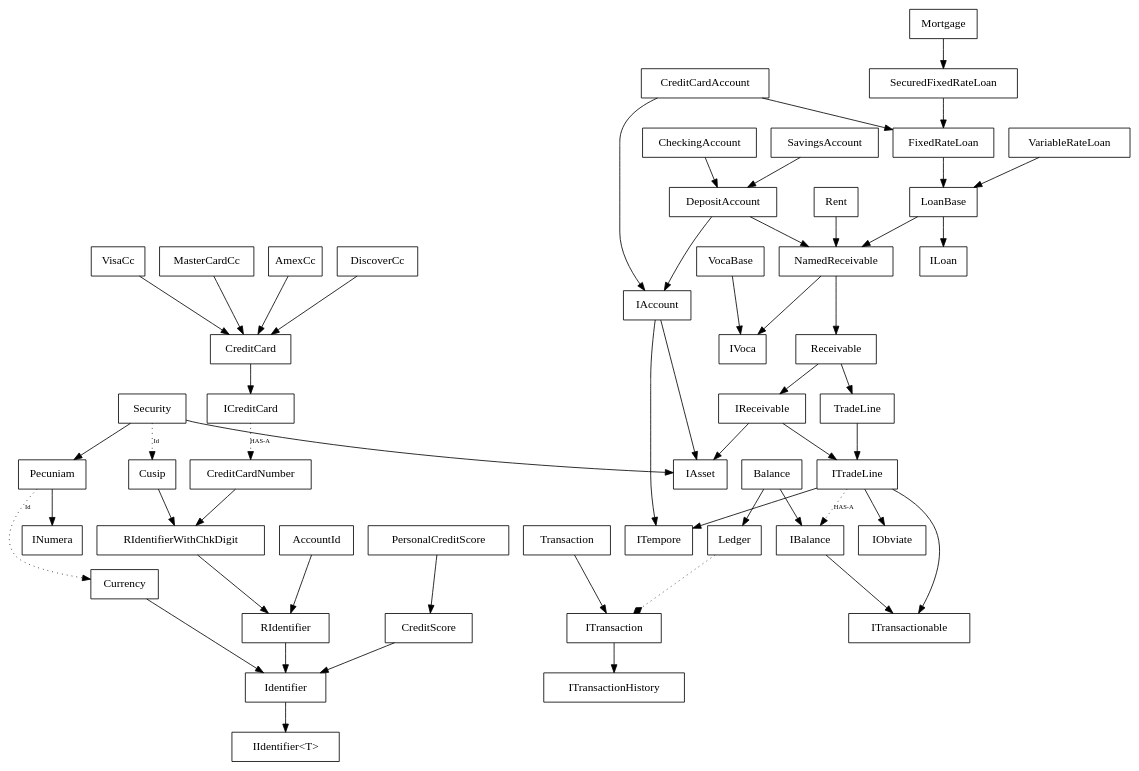
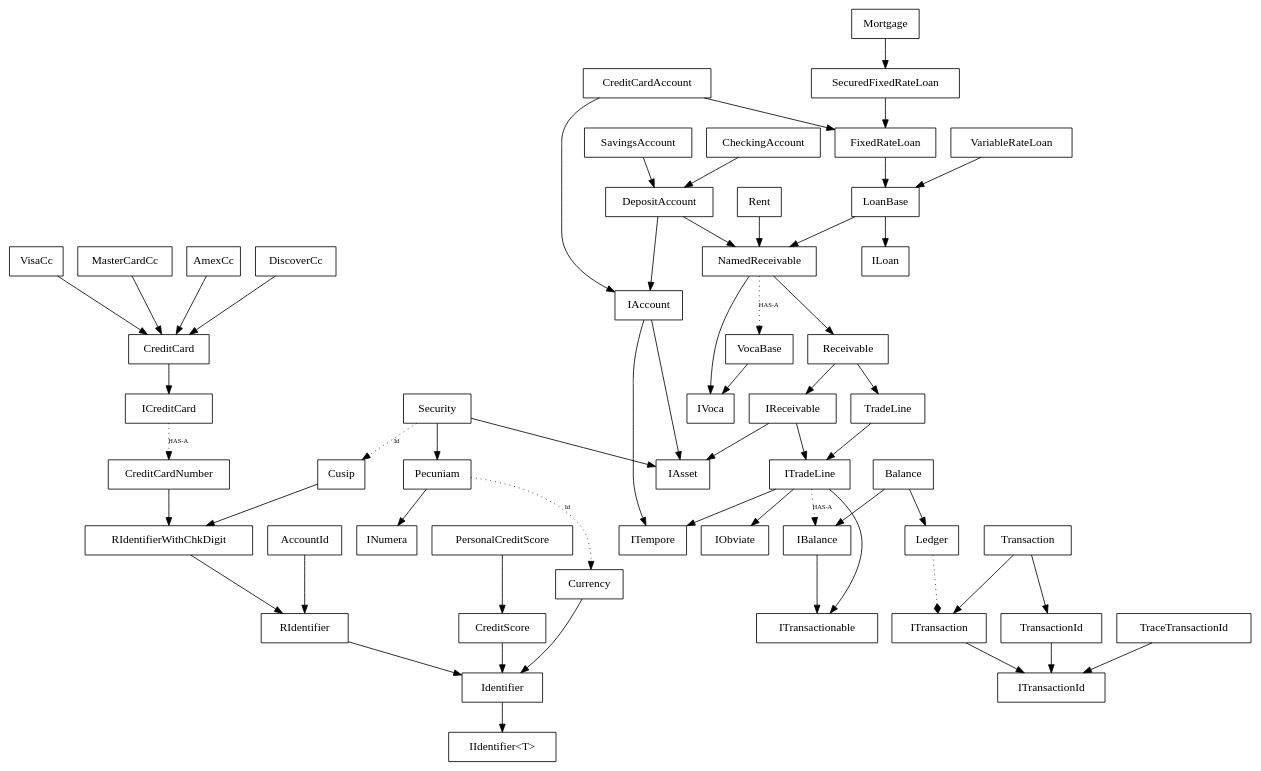
One commit to nofuture-git/31g changed the diagram in trunk/Code/NoFuture/Rand/Sp/__ClassDiagram.gv. Above: the diagram before and after it, drawn with Graphviz. The commit also changed 1 other file, not shown here.

Commit message:
updated Rand.Sp class diagram

```diff
--- a/trunk/Code/NoFuture/Rand/Sp/__ClassDiagram.gv
+++ b/trunk/Code/NoFuture/Rand/Sp/__ClassDiagram.gv
@@ -1,59 +1,63 @@
 digraph noFutureRandDataSp {
     node [fontname=Consolas, shape=box]
     
     StringId [label="IIdentifier<T>"]
     
     Mortgage -> SecuredFixedRateLoan
     SecuredFixedRateLoan -> FixedRateLoan
     CreditCardAccount -> FixedRateLoan
     CreditCardAccount -> IAccount
     FixedRateLoan -> LoanBase
     LoanBase -> NamedReceivable
     Rent -> NamedReceivable
     CheckingAccount -> DepositAccount
     SavingsAccount -> DepositAccount
     DepositAccount -> NamedReceivable
     DepositAccount -> IAccount
     Receivable -> IReceivable
     Receivable -> TradeLine
     IReceivable -> ITradeLine
     IReceivable -> IAsset
     VocaBase -> IVoca
     LoanBase -> ILoan
     TradeLine -> ITradeLine
     ITradeLine -> ITempore
     ITradeLine -> ITransactionable
     ITradeLine -> IObviate
     IAccount -> IAsset
     IAccount -> ITempore
     NamedReceivable -> Receivable
     NamedReceivable -> IVoca
     ITradeLine -> IBalance [style="dotted" label="HAS-A",fontname=Consolas, fontsize=8]
     Balance -> IBalance
     Balance -> Ledger
     VariableRateLoan -> LoanBase
     Security -> IAsset
     Security -> Pecuniam
     Security -> Cusip [style="dotted", label="Id",fontname=Consolas, fontsize=8]
     Cusip -> RIdentifierWithChkDigit
     RIdentifierWithChkDigit -> RIdentifier
     RIdentifier -> Identifier
     Pecuniam -> Currency [style="dotted", label="Id",fontname=Consolas, fontsize=8]
     Currency -> Identifier
     Pecuniam -> INumera
     CreditScore -> Identifier
     PersonalCreditScore -> CreditScore
     CreditCardNumber -> RIdentifierWithChkDigit
     VisaCc -> CreditCard
     MasterCardCc -> CreditCard
     AmexCc -> CreditCard
     DiscoverCc -> CreditCard
     CreditCard -> ICreditCard
     ICreditCard -> CreditCardNumber [style="dotted" label="HAS-A",fontname=Consolas, fontsize=8]
     Identifier -> StringId
     IBalance -> ITransactionable
     AccountId -> RIdentifier
     Ledger -> ITransaction [style="dotted" arrowhead="diamond"]
     Transaction -> ITransaction
-    ITransaction -> ITransactionHistory 
+    Transaction -> TransactionId
+    ITransaction -> ITransactionId
+    TransactionId -> ITransactionId
+    TraceTransactionId -> ITransactionId
+    NamedReceivable -> VocaBase [style="dotted" label="HAS-A",fontname=Consolas, fontsize=8]
 }
```
